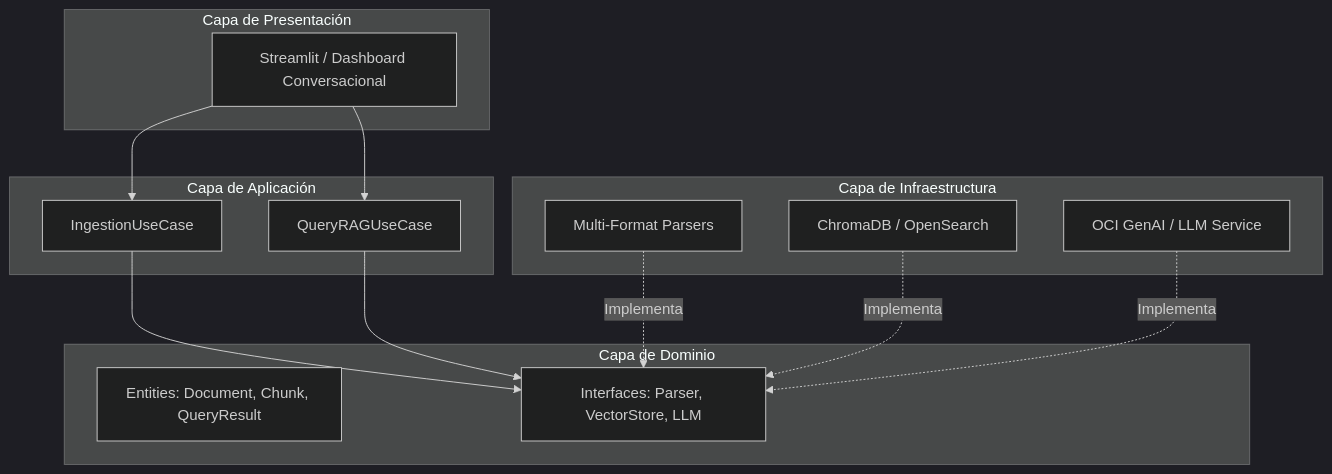
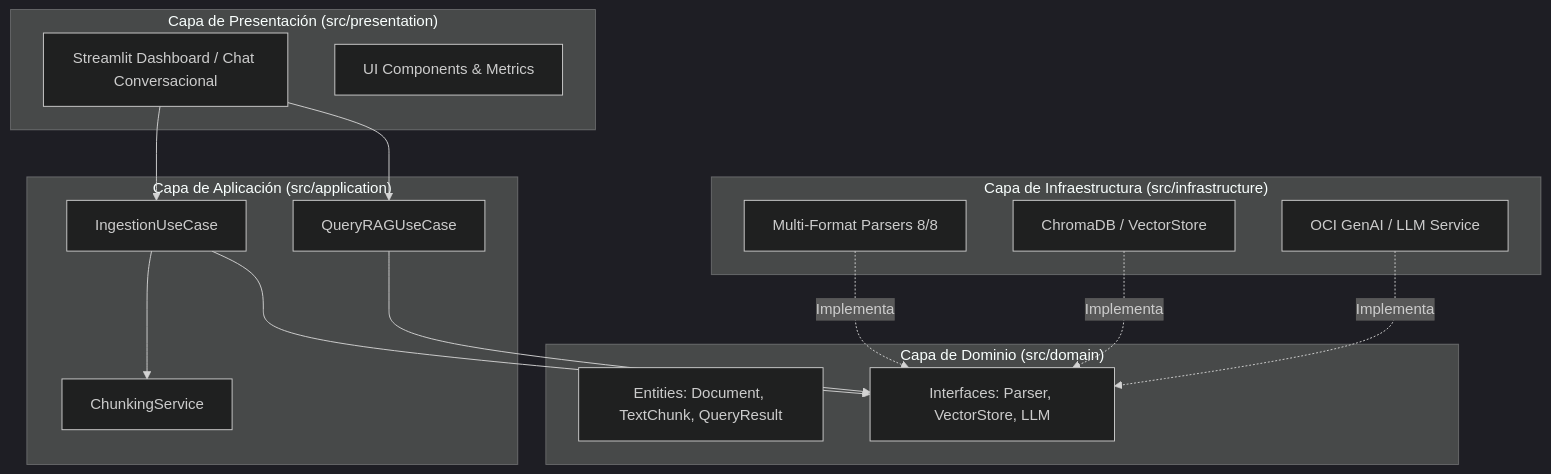
Before and after one commit to cTellez27/Agent-AI-Oracle: the diagram in README.md, drawn with Mermaid (dark theme). The commit also changed other lines of this file and 1 other file, not shown here.

Commit message:
docs: overhaul README with project documentation and add OCI deployment evidence asset

````diff
--- a/README.md
+++ b/README.md
@@ -23,30 +71,33 @@
 ```mermaid
 flowchart TD
-    subgraph Presentation ["Capa de Presentación"]
-        UI[Streamlit / Dashboard Conversacional]
+    subgraph Presentation ["Capa de Presentación (src/presentation)"]
+        UI[Streamlit Dashboard / Chat Conversacional]
+        UIComp[UI Components & Metrics]
     end
 
-    subgraph Application ["Capa de Aplicación"]
-        UC1[IngestionUseCase]
-        UC2[QueryRAGUseCase]
+    subgraph Application ["Capa de Aplicación (src/application)"]
+        IngestUC[IngestionUseCase]
+        QueryUC[QueryRAGUseCase]
+        ChunkService[ChunkingService]
     end
 
-    subgraph Domain ["Capa de Dominio"]
-        Ent[Entities: Document, Chunk, QueryResult]
-        Int[Interfaces: Parser, VectorStore, LLM]
+    subgraph Domain ["Capa de Dominio (src/domain)"]
+        Entities[Entities: Document, TextChunk, QueryResult]
+        Interfaces[Interfaces: Parser, VectorStore, LLM]
     end
 
-    subgraph Infrastructure ["Capa de Infraestructura"]
-        Parsers[Multi-Format Parsers]
-        VStore[ChromaDB / OpenSearch]
-        LLMService[OCI GenAI / LLM Service]
+    subgraph Infrastructure ["Capa de Infraestructura (src/infrastructure)"]
+        Parsers[Multi-Format Parsers 8/8]
+        VectorStore[ChromaDB / VectorStore]
+        LLM[OCI GenAI / LLM Service]
     end
 
-    UI --> UC1
-    UI --> UC2
-    UC1 --> Int
-    UC2 --> Int
-    Parsers -. Implementa .-> Int
-    VStore -. Implementa .-> Int
-    LLMService -. Implementa .-> Int
+    UI --> IngestUC
+    UI --> QueryUC
+    IngestUC --> ChunkService
+    IngestUC --> Interfaces
+    QueryUC --> Interfaces
+    Parsers -. Implementa .-> Interfaces
+    VectorStore -. Implementa .-> Interfaces
+    LLM -. Implementa .-> Interfaces
 ```
````
